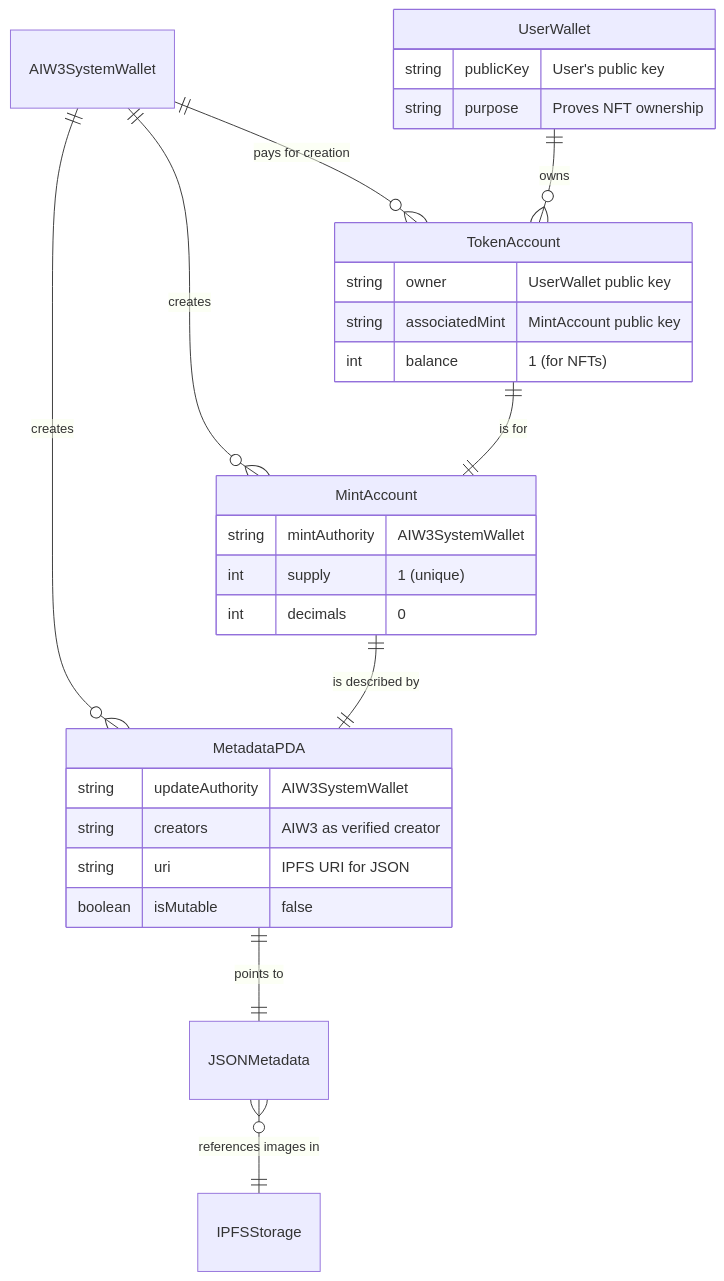
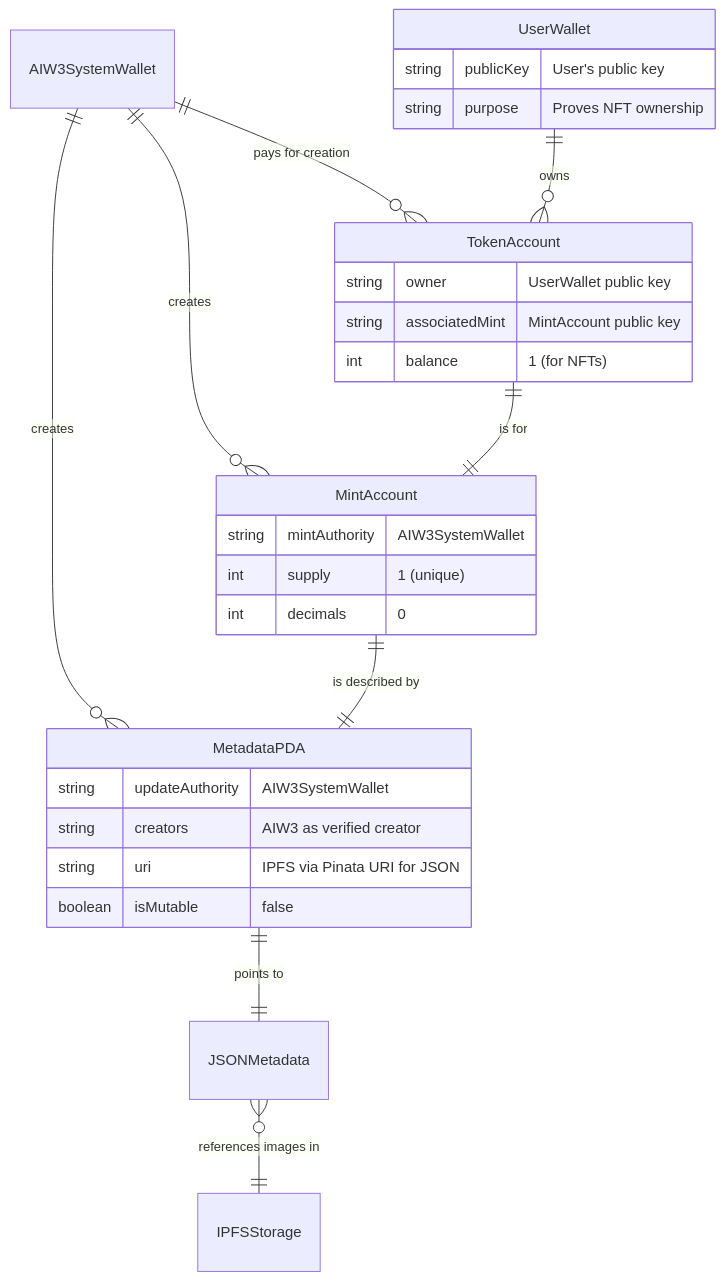
One commit to ljg-cqu/aiw3-nft-solana changed the first of 4 diagrams in docs/AIW3-NFT-System-Design.md. Above: the diagram before and after it, drawn with Mermaid. The commit also changed other lines of this file, not shown here.

````diff
--- a/docs/AIW3-NFT-System-Design.md
+++ b/docs/AIW3-NFT-System-Design.md
@@ -213,35 +189,35 @@
 ```mermaid
 erDiagram
     AIW3SystemWallet ||--o{ MintAccount : "creates"
     AIW3SystemWallet ||--o{ TokenAccount : "pays for creation"
     AIW3SystemWallet ||--o{ MetadataPDA : "creates"
     UserWallet ||--o{ TokenAccount : "owns"
     TokenAccount ||--|| MintAccount : "is for"
     MintAccount ||--|| MetadataPDA : "is described by"
     MetadataPDA ||--|| JSONMetadata : "points to"
     JSONMetadata }o--|| IPFSStorage : "references images in"
 
     UserWallet {
         string publicKey "User's public key"
         string purpose "Proves NFT ownership"
     }
     
     TokenAccount {
         string owner "UserWallet public key"
         string associatedMint "MintAccount public key"
         int balance "1 (for NFTs)"
     }
     
     MintAccount {
         string mintAuthority "AIW3SystemWallet"
         int supply "1 (unique)"
         int decimals "0"
     }
     
     MetadataPDA {
         string updateAuthority "AIW3SystemWallet"
         string creators "AIW3 as verified creator"
-        string uri "IPFS URI for JSON"
+        string uri "IPFS via Pinata URI for JSON"
         boolean isMutable "false"
     }
 ```
````
